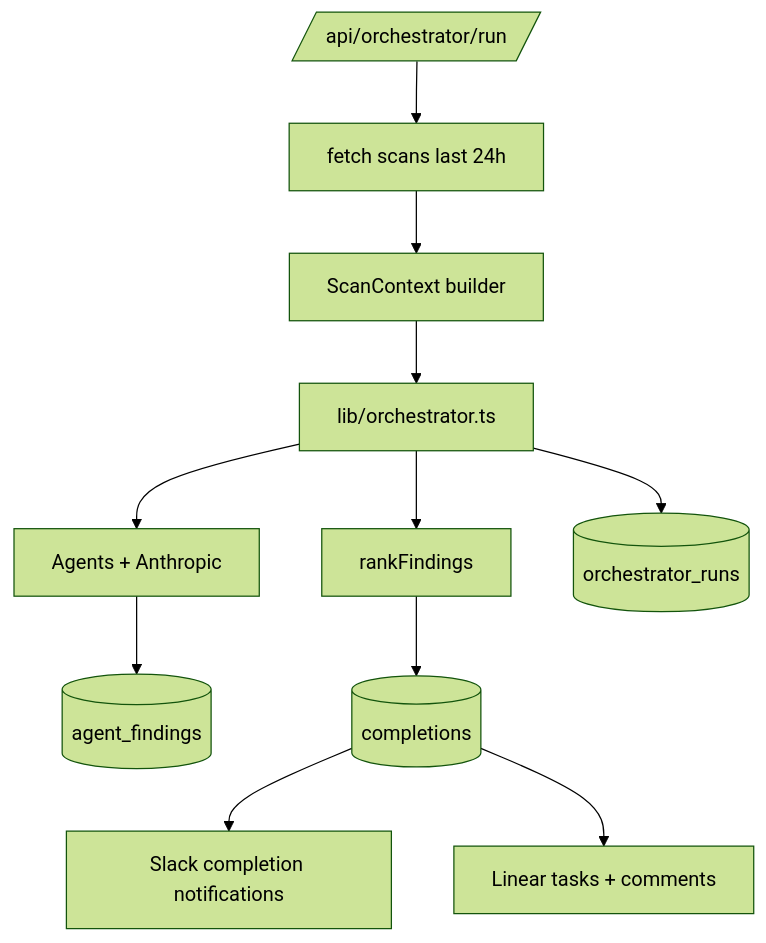
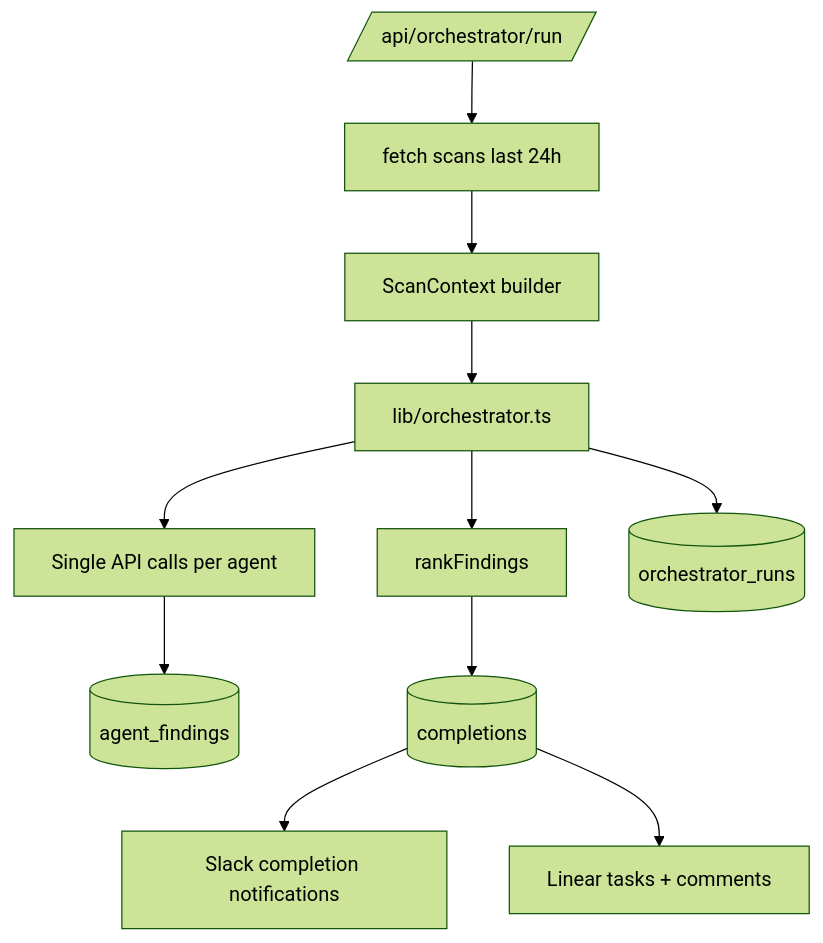
One commit to msanchezgrice/virtual-cofounder changed the seventh of 16 diagrams in explorations/architecture-workflows.md. Above: the diagram before and after it, drawn with Mermaid (forest theme). The commit also changed other lines of this file and 37 other files, not shown here.

````diff
--- a/explorations/architecture-workflows.md
+++ b/explorations/architecture-workflows.md
@@ -84,13 +165,13 @@
 ```mermaid
 graph TD
   RunAPI[/api/orchestrator/run/] --> FetchScans[fetch scans last 24h]
   FetchScans --> Context[ScanContext builder]
   Context --> Orchestrator[lib/orchestrator.ts]
-  Orchestrator --> Agents[Agents + Anthropic]
+  Orchestrator --> Agents["Single API calls per agent"]
   Agents --> Findings[(agent_findings)]
   Orchestrator --> Rank[rankFindings]
   Rank --> Completions[(completions)]
   Orchestrator --> RunRow[(orchestrator_runs)]
   Completions --> SlackNotify[Slack completion notifications]
   Completions --> LinearTasks[Linear tasks + comments]
 ```
````
